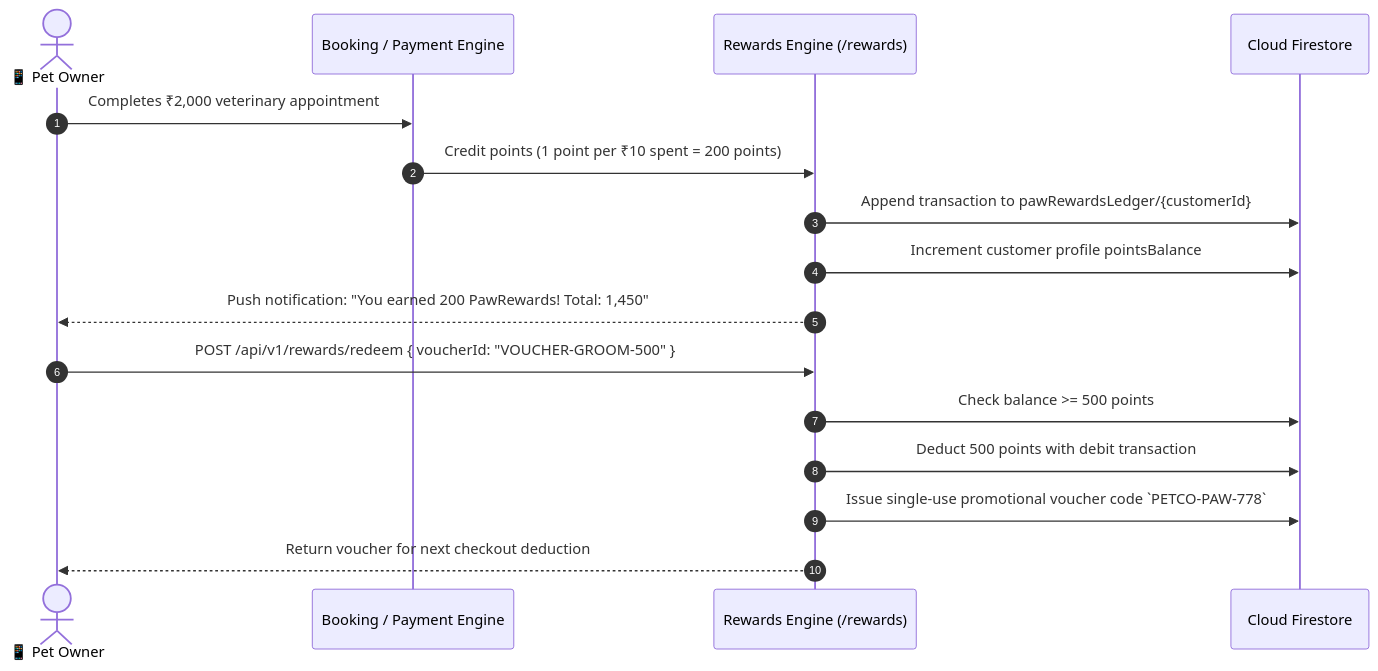
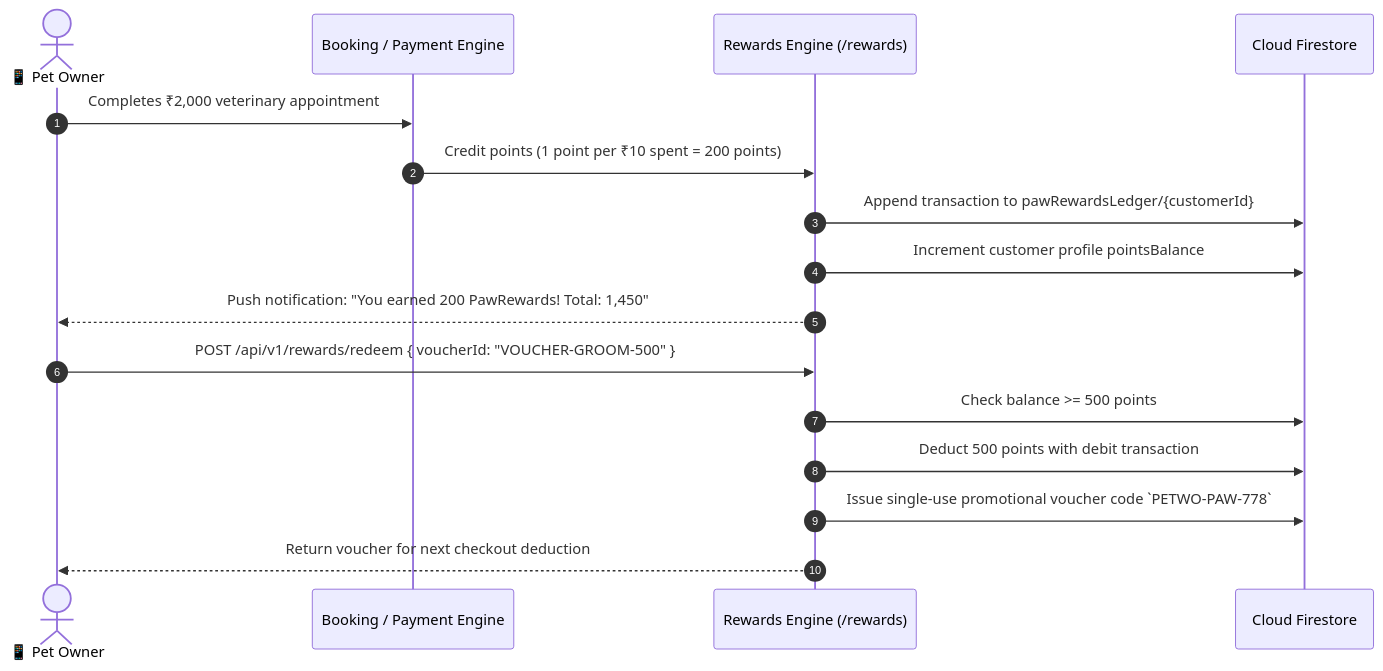
Before and after one commit to bathi2389-code/petwo: diagram 12 of 15 in docs/WORKFLOWS.md, drawn with Mermaid. The commit also changed other lines of this file and 105 other files, not shown here.

Commit message:
feat(branding): rename entire platform from PETCO to PETWO across all apps, packages, and docs

````diff
--- a/docs/WORKFLOWS.md
+++ b/docs/WORKFLOWS.md
@@ -321,20 +321,20 @@
 ```mermaid
 sequenceDiagram
     autonumber
     actor Customer as 📱 Pet Owner
     participant Checkout as Booking / Payment Engine
     participant Rewards as Rewards Engine (/rewards)
     participant DB as Cloud Firestore
 
     Customer->>Checkout: Completes ₹2,000 veterinary appointment
     Checkout->>Rewards: Credit points (1 point per ₹10 spent = 200 points)
     Rewards->>DB: Append transaction to pawRewardsLedger/{customerId}
     Rewards->>DB: Increment customer profile pointsBalance
     Rewards-->>Customer: Push notification: "You earned 200 PawRewards! Total: 1,450"
 
     Customer->>Rewards: POST /api/v1/rewards/redeem { voucherId: "VOUCHER-GROOM-500" }
     Rewards->>DB: Check balance >= 500 points
     Rewards->>DB: Deduct 500 points with debit transaction
-    Rewards->>DB: Issue single-use promotional voucher code `PETCO-PAW-778`
+    Rewards->>DB: Issue single-use promotional voucher code `PETWO-PAW-778`
     Rewards-->>Customer: Return voucher for next checkout deduction
 ```
````
